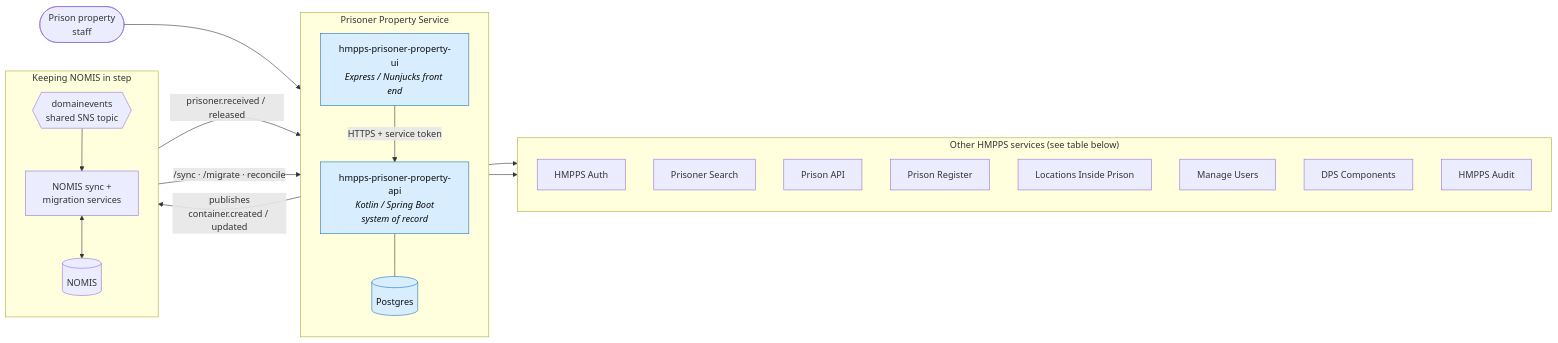
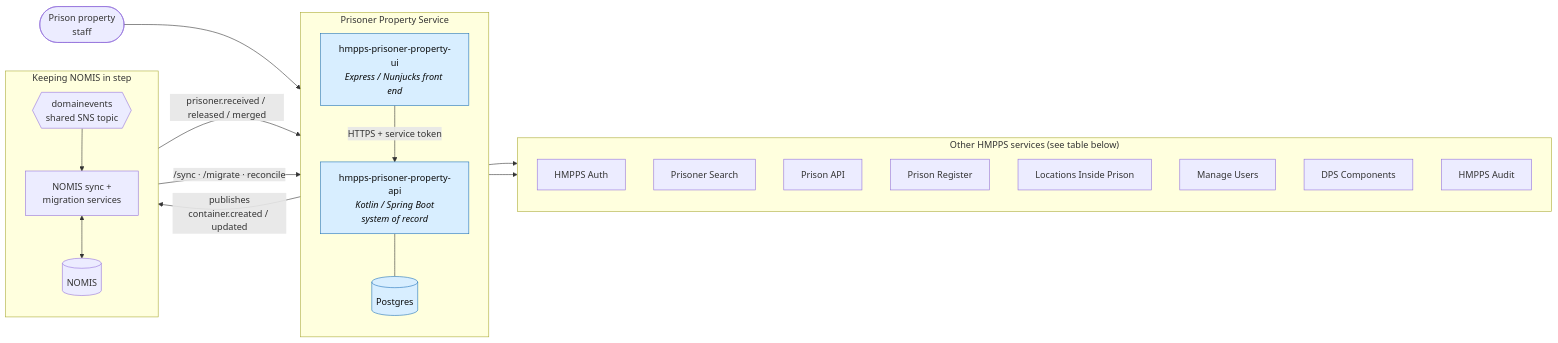
Before and after one commit to ministryofjustice/hmpps-prisoner-property-api: the first of 6 diagrams in docs/architecture.md, drawn with Mermaid. The commit also changed other lines of this file and 11 other files, not shown here.

````diff
--- a/docs/architecture.md
+++ b/docs/architecture.md
@@ -24,44 +24,44 @@
 ```mermaid
 flowchart LR
     staff(["Prison property<br/>staff"])
 
     subgraph svc["Prisoner Property Service"]
         direction TB
         ui["hmpps-prisoner-property-ui<br/><i>Express / Nunjucks front end</i>"]
         api["hmpps-prisoner-property-api<br/><i>Kotlin / Spring Boot<br/>system of record</i>"]
         db[("Postgres")]
         ui -- "HTTPS + service token" --> api
         api --- db
     end
 
     subgraph deps["Other HMPPS services (see table below)"]
         direction TB
         auth["HMPPS Auth"]
         search["Prisoner Search"]
         prisonapi["Prison API"]
         register["Prison Register"]
         locations["Locations Inside Prison"]
         users["Manage Users"]
         components["DPS Components"]
         audit["HMPPS Audit"]
     end
 
     subgraph nomisside["Keeping NOMIS in step"]
         direction TB
         events{{"domainevents<br/>shared SNS topic"}}
         nomissync["NOMIS sync +<br/>migration services"]
         nomis[("NOMIS")]
         nomissync <--> nomis
     end
 
     staff --> ui
     ui --> deps
     api --> deps
     api -- "publishes<br/>container.created / updated" --> events
-    events -- "prisoner.received / released" --> api
+    events -- "prisoner.received / released / merged" --> api
     events --> nomissync
     nomissync -- "/sync · /migrate · reconcile" --> api
 
     classDef mine fill:#d8eeff,stroke:#1d70b8,color:#0b0c0c
     class ui,api,db mine
 ```
````
